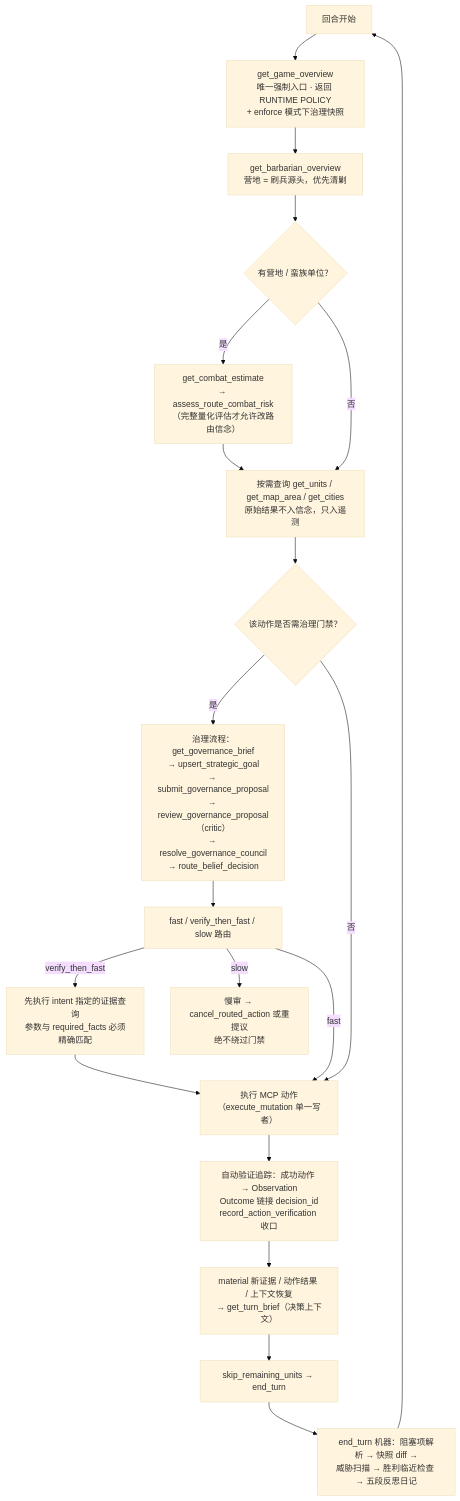
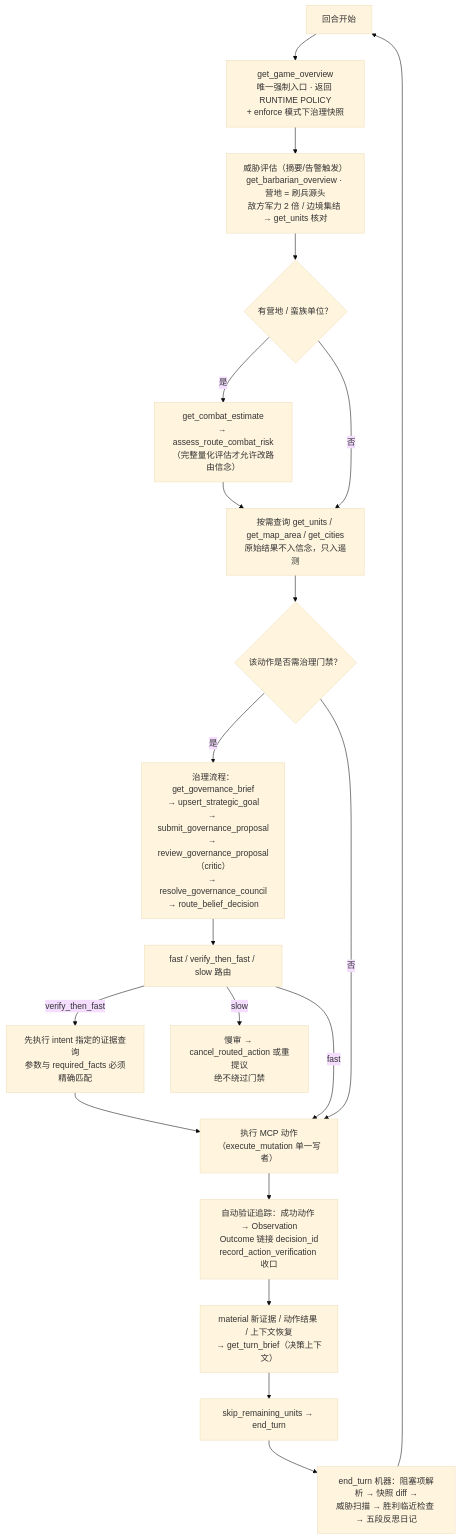
The third of 4 diagrams in docs/business-dataflow.md (Harryleft/auto-civ6), drawn with Mermaid (base theme) before and after one commit. The commit also changed 4 other files, not shown here.

````diff
--- a/docs/business-dataflow.md
+++ b/docs/business-dataflow.md
@@ -144,22 +144,22 @@
 ```mermaid
 flowchart TD
     A["回合开始"] --> B["get_game_overview<br/>唯一强制入口 · 返回 RUNTIME POLICY<br/>+ enforce 模式下治理快照"]
-    B --> C["get_barbarian_overview<br/>营地 = 刷兵源头，优先清剿"]
+    B --> C["威胁评估（摘要/告警触发）<br/>get_barbarian_overview · 营地 = 刷兵源头<br/>敌方军力 2 倍 / 边境集结 → get_units 核对"]
     C --> D{"有营地 / 蛮族单位？"}
     D -->|是| E["get_combat_estimate<br/>→ assess_route_combat_risk<br/>（完整量化评估才允许改路由信念）"]
     E --> F["按需查询 get_units / get_map_area / get_cities<br/>原始结果不入信念，只入遥测"]
     D -->|否| F
     F --> G{"该动作是否需治理门禁？"}
     G -->|是| H["治理流程：get_governance_brief<br/>→ upsert_strategic_goal<br/>→ submit_governance_proposal<br/>→ review_governance_proposal（critic）<br/>→ resolve_governance_council<br/>→ route_belief_decision"]
     H --> I["fast / verify_then_fast / slow 路由"]
     I -->|verify_then_fast| J["先执行 intent 指定的证据查询<br/>参数与 required_facts 必须精确匹配"]
     J --> K["执行 MCP 动作（execute_mutation 单一写者）"]
     I -->|fast| K
     I -->|slow| L["慢审 → cancel_routed_action 或重提议<br/>绝不绕过门禁"]
     K --> M["自动验证追踪：成功动作 → Observation<br/>Outcome 链接 decision_id<br/>record_action_verification 收口"]
     M --> N["material 新证据 / 动作结果 / 上下文恢复<br/>→ get_turn_brief（决策上下文）"]
     G -->|否| K
     N --> O["skip_remaining_units → end_turn"]
     O --> P["end_turn 机器：阻塞项解析 → 快照 diff →<br/>威胁扫描 → 胜利临近检查 → 五段反思日记"]
     P --> A
 ```
````
